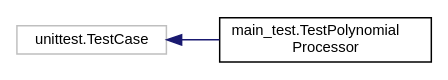
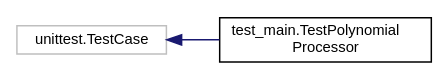
One commit to AlenaFsk/train_schedule changed the diagram in docs/inherit_graph_1.dot. Above: the diagram before and after it, drawn with Graphviz. The commit also changed 12 other files, not shown here.

```diff
--- a/docs/inherit_graph_1.dot
+++ b/docs/inherit_graph_1.dot
@@ -1,10 +1,10 @@
 digraph "Graphical Class Hierarchy"
 {
  // LATEX_PDF_SIZE
   edge [fontname="Helvetica",fontsize="10",labelfontname="Helvetica",labelfontsize="10"];
   node [fontname="Helvetica",fontsize="10",shape=record];
   rankdir="LR";
   Node2 [label="unittest.TestCase",height=0.2,width=0.4,color="grey75", fillcolor="white", style="filled",tooltip=" "];
   Node2 -> Node0 [dir="back",color="midnightblue",fontsize="10",style="solid",fontname="Helvetica"];
-  Node0 [label="main_test.TestPolynomial\lProcessor",height=0.2,width=0.4,color="black", fillcolor="white", style="filled",URL="$classmain__test_1_1TestPolynomialProcessor.html",tooltip=" "];
+  Node0 [label="test_main.TestPolynomial\lProcessor",height=0.2,width=0.4,color="black", fillcolor="white", style="filled",URL="$classtest__main_1_1TestPolynomialProcessor.html",tooltip=" "];
 }
```
